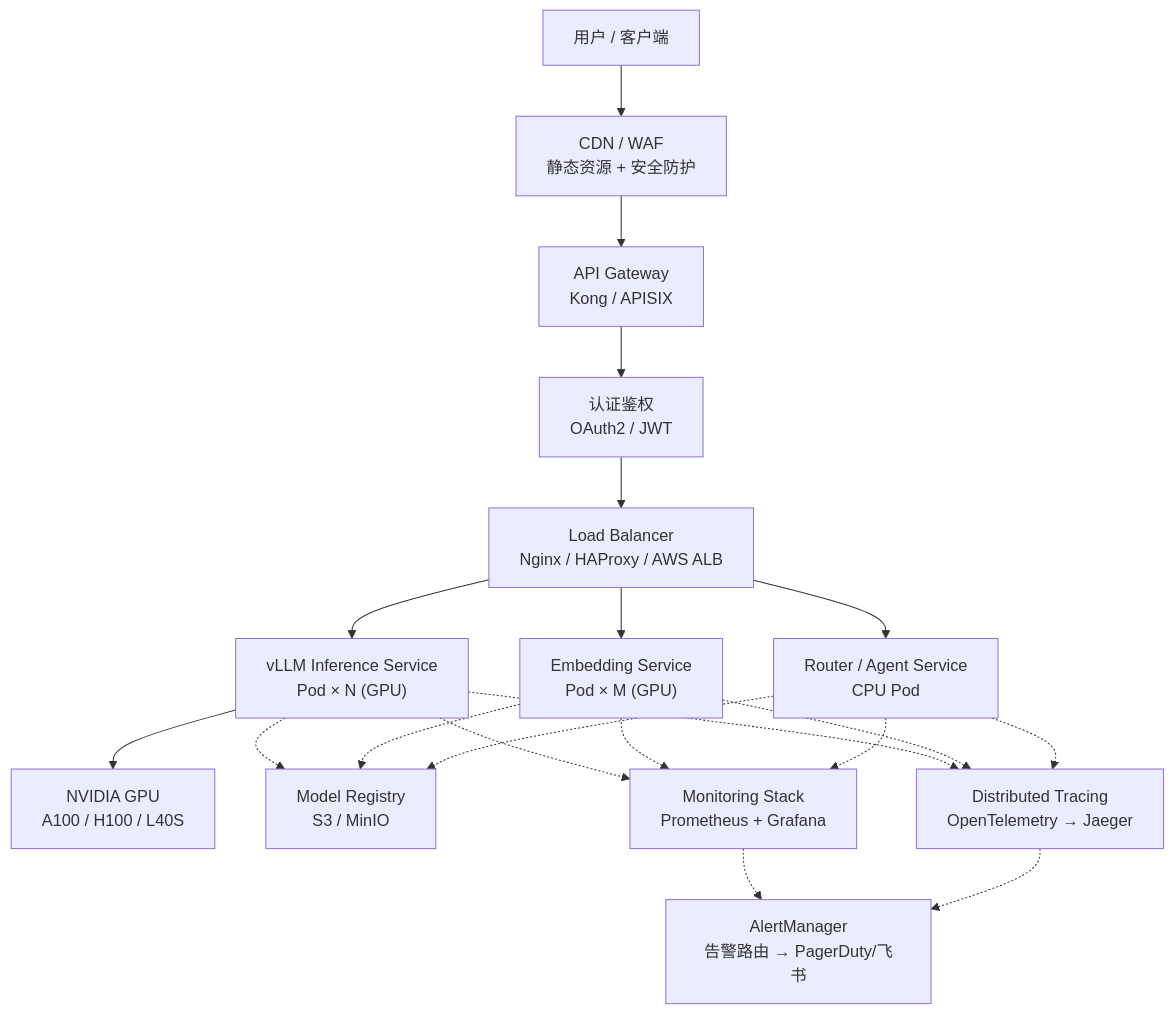
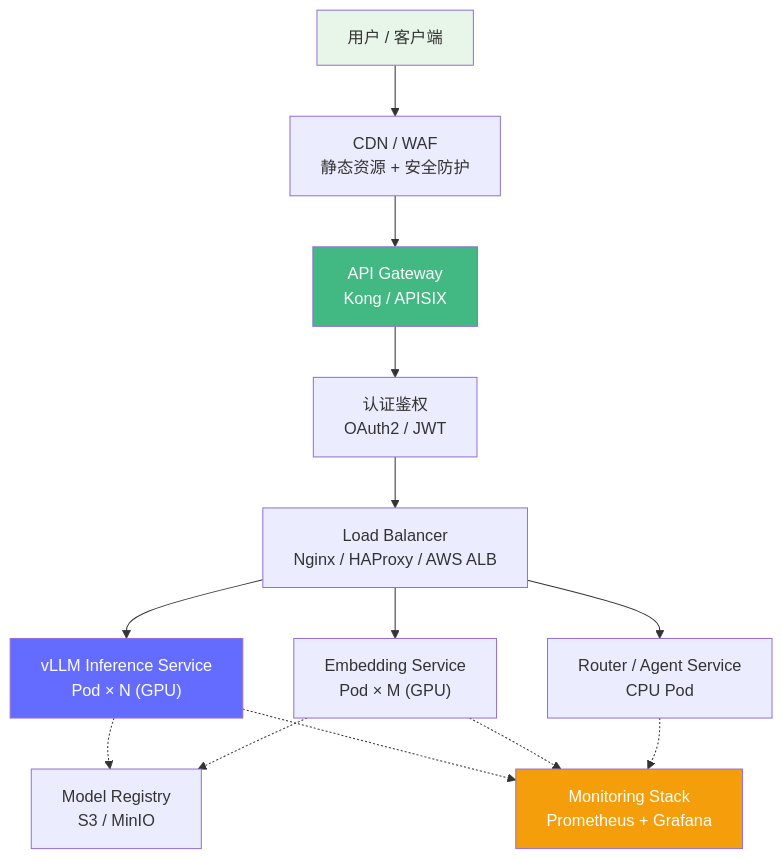
One commit to luoboask/fde-learning changed the second of 4 diagrams in docs/06-production-deployment/deployment-architecture.md. Above: the diagram before and after it, drawn with Mermaid. The commit also changed other lines of this file and 19 other files, not shown here.

````diff
--- a/docs/06-production-deployment/deployment-architecture.md
+++ b/docs/06-production-deployment/deployment-architecture.md
@@ -13,27 +66,22 @@
 ```mermaid
 graph TD
     A["用户 / 客户端"] --> B["CDN / WAF\n静态资源 + 安全防护"]
     B --> C["API Gateway\nKong / APISIX"]
     C --> D["认证鉴权\nOAuth2 / JWT"]
     D --> E["Load Balancer\nNginx / HAProxy / AWS ALB"]
     E --> F["vLLM Inference Service\nPod × N (GPU)"]
     E --> G["Embedding Service\nPod × M (GPU)"]
     E --> H["Router / Agent Service\nCPU Pod"]
 
-    F --> I["NVIDIA GPU\nA100 / H100 / L40S"]
+    F -.-> I["Model Registry\nS3 / MinIO"]
+    G -.-> I
 
-    F -.-> J["Model Registry\nS3 / MinIO"]
+    F -.-> J["Monitoring Stack\nPrometheus + Grafana"]
     G -.-> J
     H -.-> J
 
-    F -.-> K["Monitoring Stack\nPrometheus + Grafana"]
-    G -.-> K
-    H -.-> K
-
-    F -.-> L["Distributed Tracing\nOpenTelemetry → Jaeger"]
-    G -.-> L
-    H -.-> L
-
-    K -.-> M["AlertManager\n告警路由 → PagerDuty/飞书"]
-    L -.-> M
+    style A fill:#e8f5e9
+    style C fill:#42b883,color:#fff
+    style F fill:#646cff,color:#fff
+    style J fill:#f59e0b,color:#fff
 ```
````
